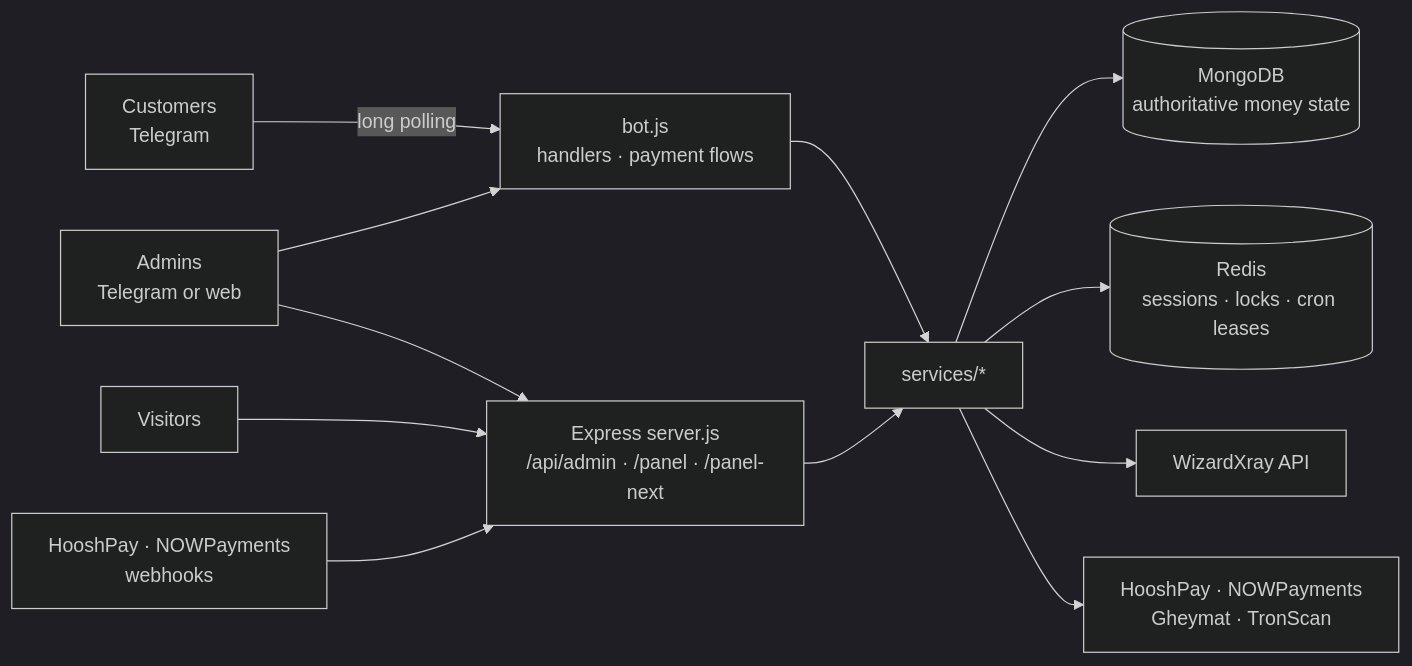
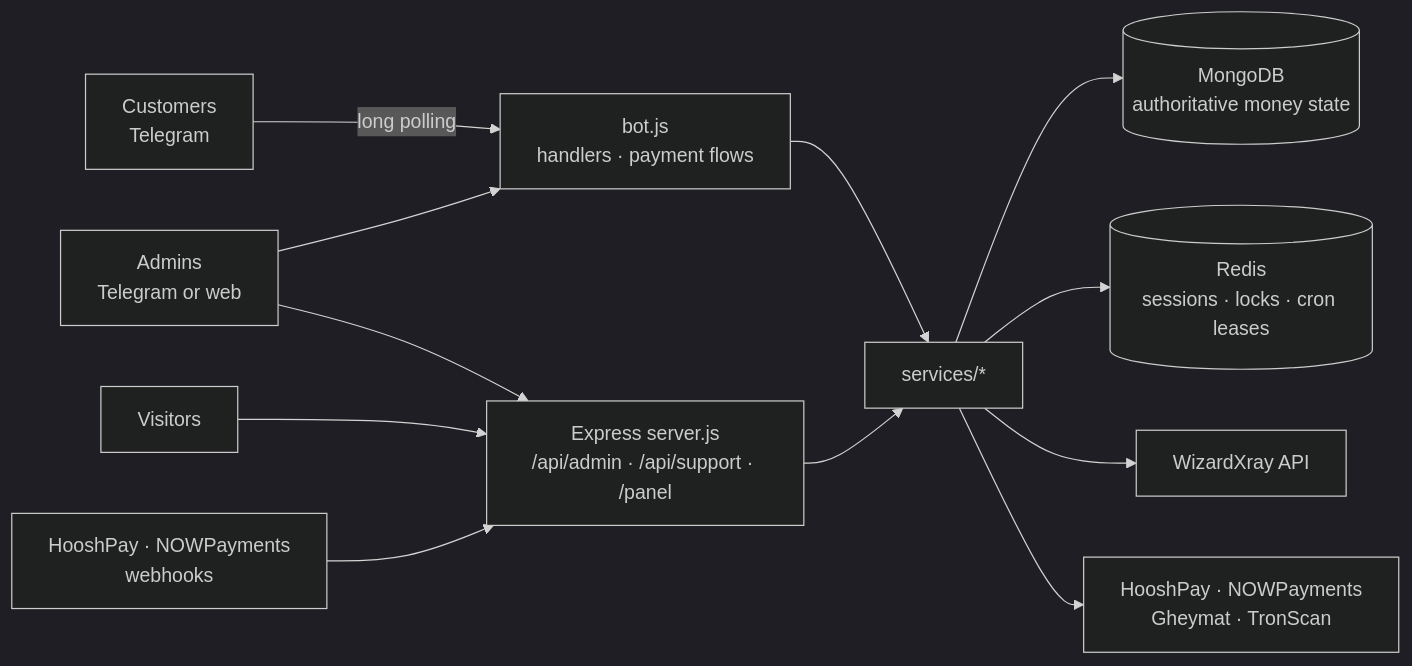
Before and after one commit to AmirHossein-Kargar/SWIFT-VPN-Bot: the diagram in README.md, drawn with Mermaid (dark theme). The commit also changed other lines of this file and 89 other files, not shown here.

First line of the commit message:
fix: harden admin panel, payments, and broadcast reliability

````diff
--- a/README.md
+++ b/README.md
@@ -33,14 +33,14 @@
 ```mermaid
 flowchart LR
     C["Customers<br/>Telegram"] -->|long polling| BOT["bot.js<br/>handlers · payment flows"]
     A["Admins<br/>Telegram or web"] --> BOT
-    A --> API["Express server.js<br/>/api/admin · /panel · /panel-next"]
+    A --> API["Express server.js<br/>/api/admin · /api/support · /panel"]
     V["Visitors"] --> API
     PP["HooshPay · NOWPayments<br/>webhooks"] --> API
     BOT --> SVC["services/*"]
     API --> SVC
     SVC --> M[("MongoDB<br/>authoritative money state")]
     SVC --> R[("Redis<br/>sessions · locks · cron leases")]
     SVC --> W["WizardXray API"]
     SVC --> X["HooshPay · NOWPayments<br/>Gheymat · TronScan"]
 ```
````
